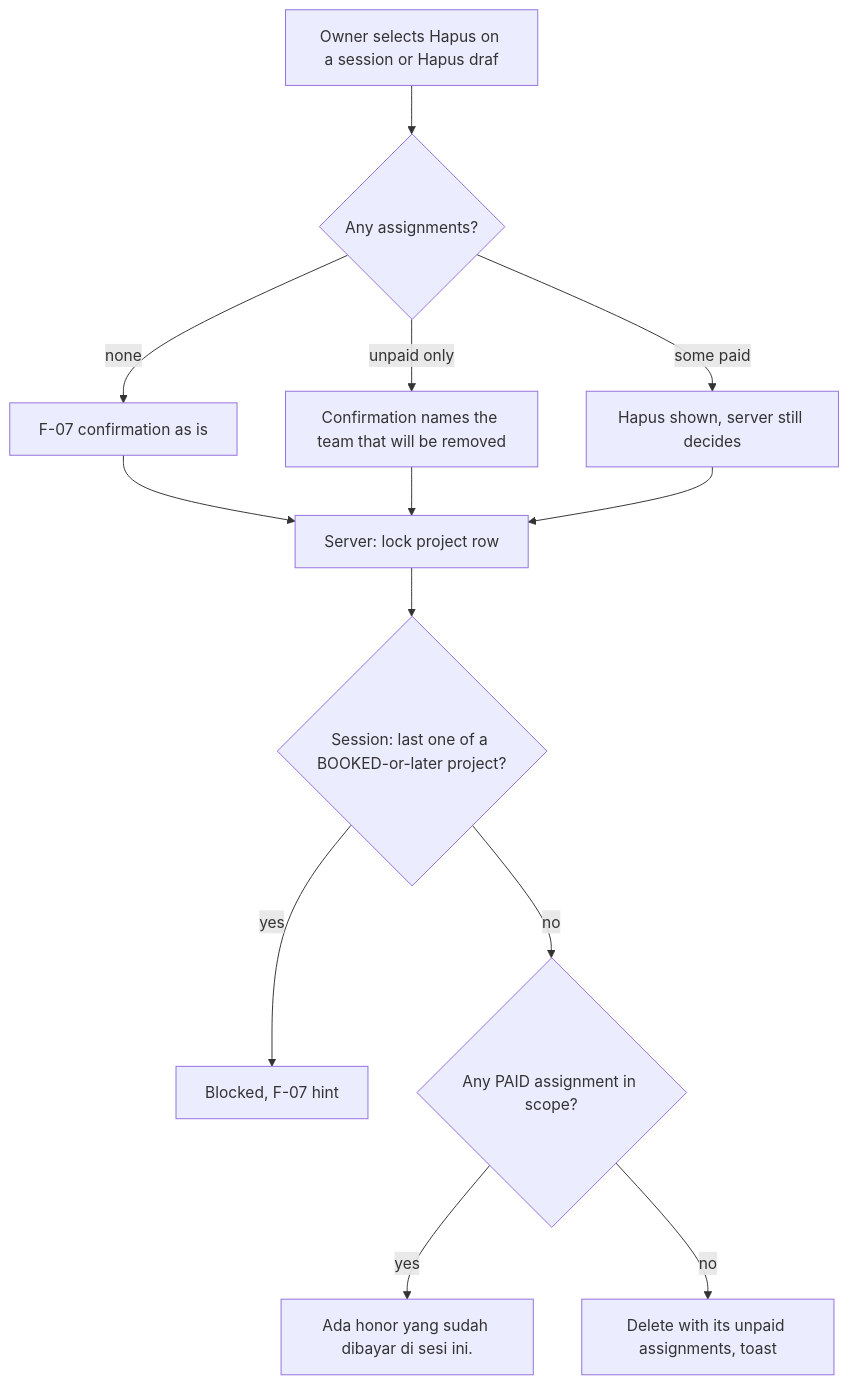
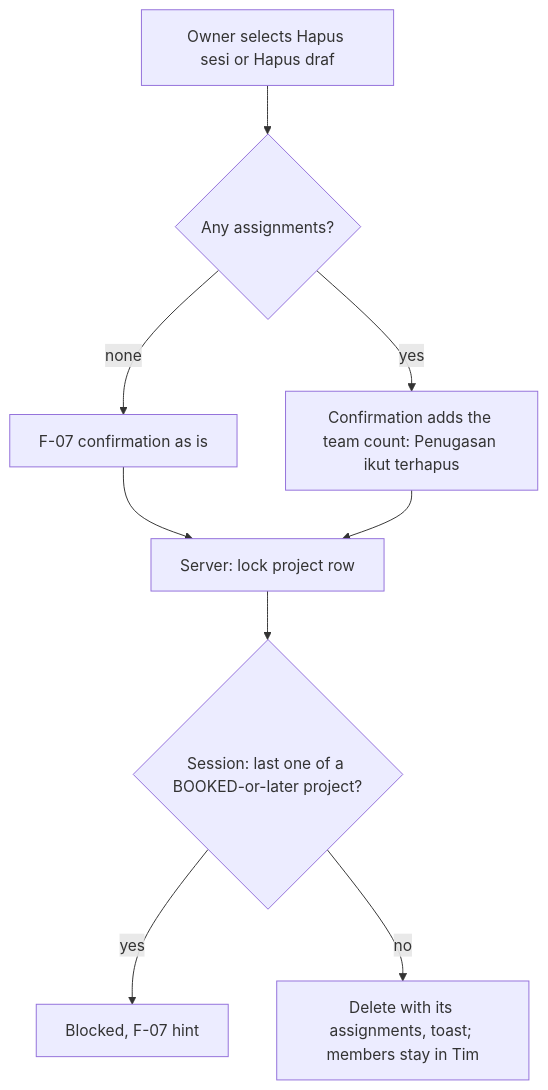
One commit to hardi-dev/shutrly-v0 changed the second of 2 diagrams in docs/features/team-sessions/diagrams/activity.md. Above: the diagram before and after it, drawn with Mermaid. The commit also changed other lines of this file and 17 other files, not shown here.

Commit message:
docs(team-sessions): drop team fees, record atur tim design

````diff
--- a/docs/features/team-sessions/diagrams/activity.md
+++ b/docs/features/team-sessions/diagrams/activity.md
@@ -51,13 +43,10 @@
 ```mermaid
 flowchart TD
-    A[Owner selects Hapus on a session or Hapus draf] --> B{Any assignments?}
+    A[Owner selects Hapus sesi or Hapus draf] --> B{Any assignments?}
     B -- none --> C[F-07 confirmation as is]
-    B -- unpaid only --> D[Confirmation names the team that will be removed]
+    B -- yes --> D[Confirmation adds the team count: Penugasan ikut terhapus]
     C & D --> E[Server: lock project row]
     E --> F{"Session: last one of a BOOKED-or-later project?"}
     F -- yes --> X1[Blocked, F-07 hint]
-    F -- no --> G{Any PAID assignment in scope?}
-    G -- yes --> X2[Ada honor yang sudah dibayar di sesi ini.]
-    G -- no --> H[Delete with its unpaid assignments, toast]
-    B -- some paid --> I[Hapus shown, server still decides] --> E
+    F -- no --> H[Delete with its assignments, toast; members stay in Tim]
 ```
````
